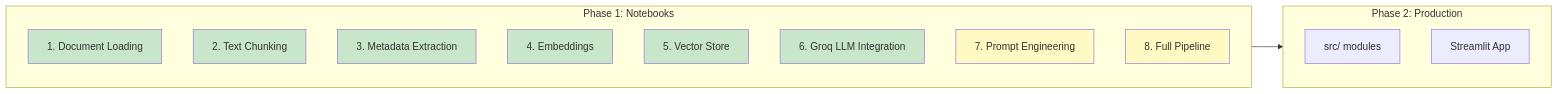
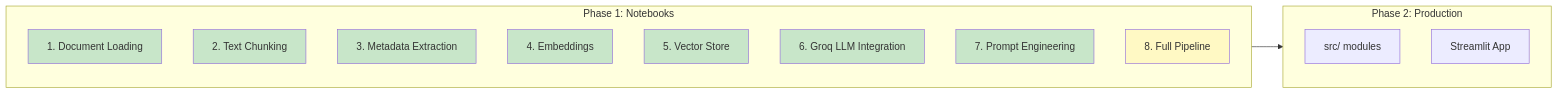
The third of 3 diagrams in README.md (jaypatel-py/Lexi-Bot), drawn with Mermaid before and after one commit. The commit also changed other lines of this file and 1 other file, not shown here.

````diff
--- a/README.md
+++ b/README.md
@@ -143,29 +143,29 @@
 ```mermaid
 flowchart LR
     A[Notebook Prototypes] --> B[MVP Prototype]
 
     subgraph A[Phase 1: Notebooks]
         A1[1. Document Loading]
         A2[2. Text Chunking]
         A3[3. Metadata Extraction]
         A4[4. Embeddings]
         A5[5. Vector Store]
         A6[6. Groq LLM Integration]
         A7[7. Prompt Engineering]
         A8[8. Full Pipeline]
     end
 
     subgraph B[Phase 2: Production]
         B1[src/ modules]
         B2[Streamlit App]
     end
 
     style A1 fill:#c8e6c9
     style A2 fill:#c8e6c9
     style A3 fill:#c8e6c9
     style A4 fill:#c8e6c9
     style A5 fill:#c8e6c9
     style A6 fill:#c8e6c9
-    style A7 fill:#fff9c4
+    style A7 fill:#c8e6c9
     style A8 fill:#fff9c4
 ```
````
